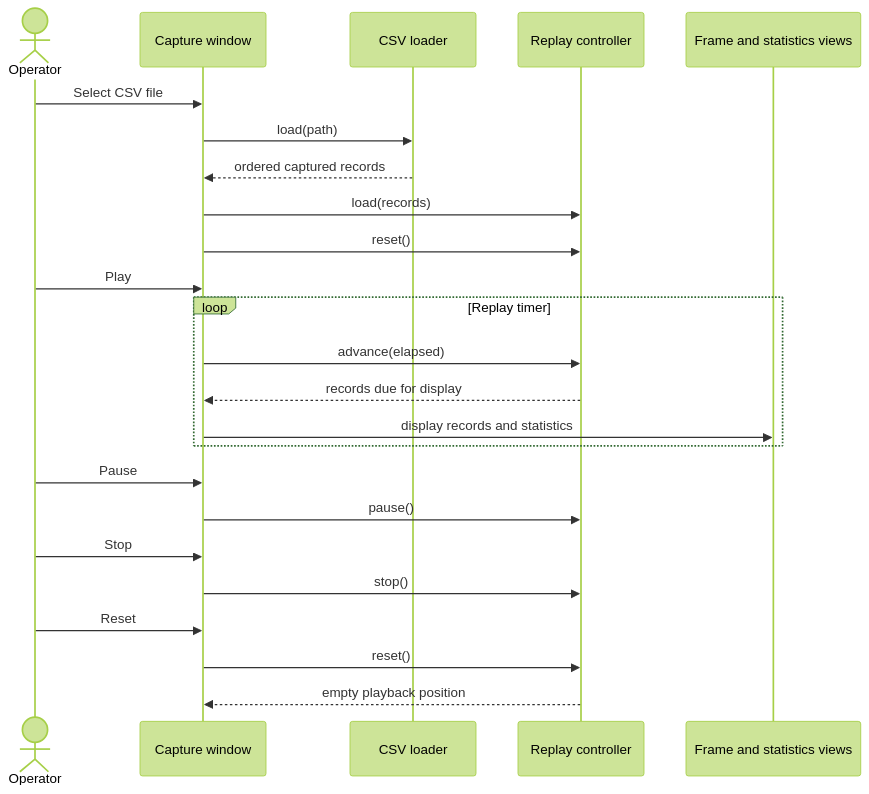
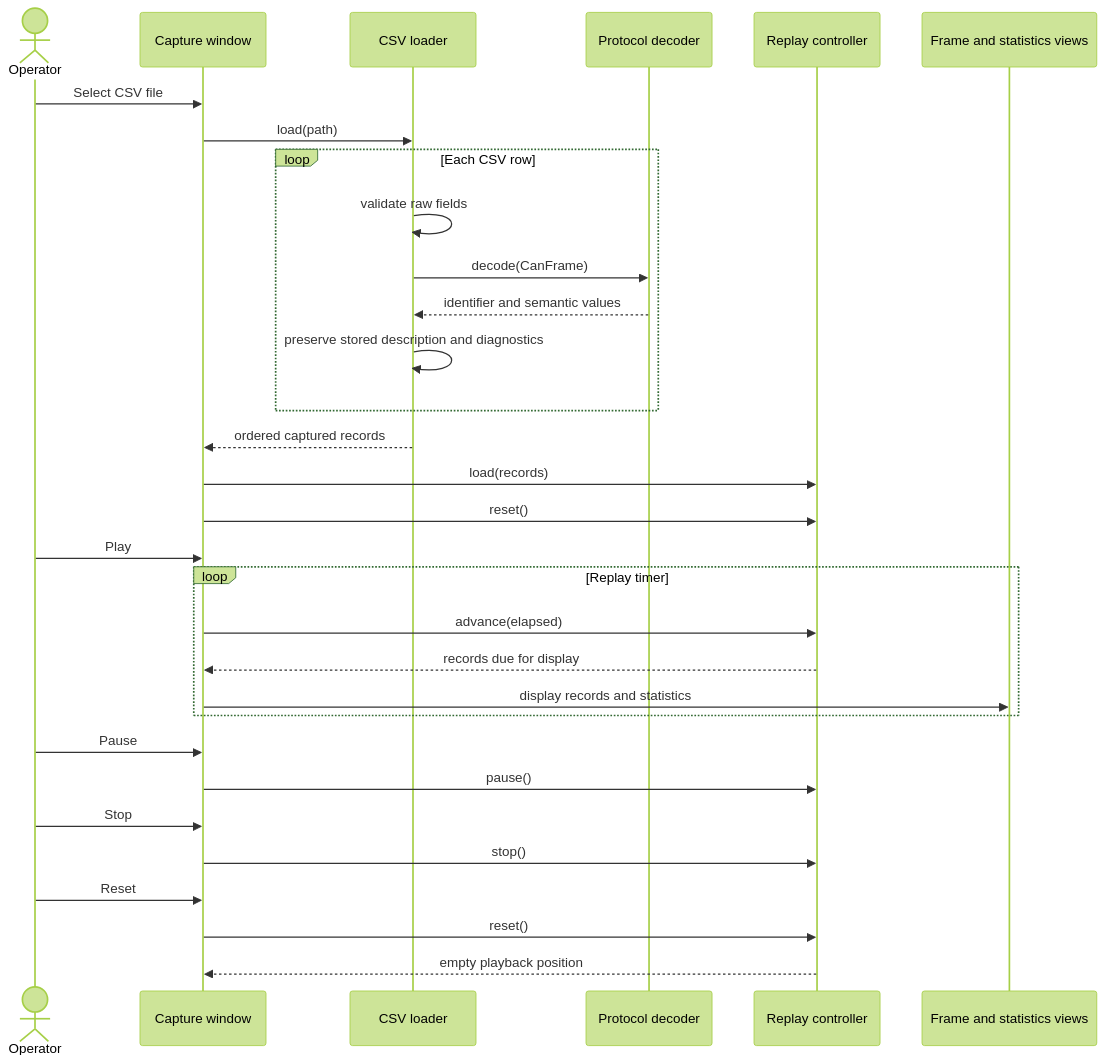
The diagram in docs/architecture/diagrams/offline-replay/02-sequence-replay-capture.md (benoit-bremaud/can-sniffer), drawn with Mermaid (forest theme) before and after one commit. The commit also changed other lines of this file and 3 other files, not shown here.

Commit message:
docs(architecture): design semantic replay decoding

````diff
--- a/docs/architecture/diagrams/offline-replay/02-sequence-replay-capture.md
+++ b/docs/architecture/diagrams/offline-replay/02-sequence-replay-capture.md
@@ -12,27 +12,34 @@
 ```mermaid
 sequenceDiagram
     actor Operator
     participant Window as Capture window
     participant Loader as CSV loader
+    participant Decoder as Protocol decoder
     participant Replay as Replay controller
     participant View as Frame and statistics views
 
     Operator->>Window: Select CSV file
     Window->>Loader: load(path)
+    loop Each CSV row
+        Loader->>Loader: validate raw fields
+        Loader->>Decoder: decode(CanFrame)
+        Decoder-->>Loader: identifier and semantic values
+        Loader->>Loader: preserve stored description and diagnostics
+    end
     Loader-->>Window: ordered captured records
     Window->>Replay: load(records)
     Window->>Replay: reset()
     Operator->>Window: Play
     loop Replay timer
         Window->>Replay: advance(elapsed)
         Replay-->>Window: records due for display
         Window->>View: display records and statistics
     end
     Operator->>Window: Pause
     Window->>Replay: pause()
     Operator->>Window: Stop
     Window->>Replay: stop()
     Operator->>Window: Reset
     Window->>Replay: reset()
     Replay-->>Window: empty playback position
 ```
````
